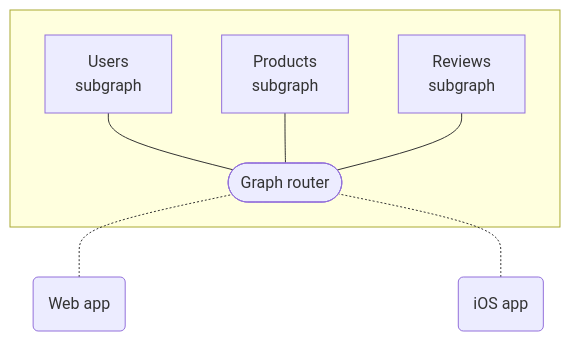
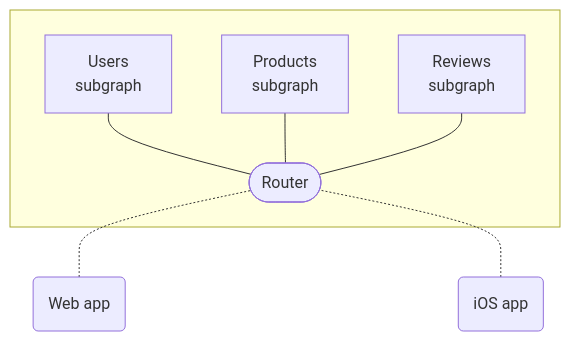
Before and after one commit to apollographql/federation: the diagram in docs/shared/diagrams/federation-architecture.mdx, drawn with Mermaid. The commit also changed 6 other files, not shown here.

````diff
--- a/docs/shared/diagrams/federation-architecture.mdx
+++ b/docs/shared/diagrams/federation-architecture.mdx
@@ -1,14 +1,14 @@
 ```mermaid
 graph BT;
   webapp(Web app);
   iosapp(iOS app);
   subgraph " ";
-  router([Graph router]);
+  router([Router]);
   serviceA[Users<br/>subgraph];
   serviceB[Products<br/>subgraph];
   serviceC[Reviews<br/>subgraph];
   end;
   webapp & iosapp -.- router;
   router --- serviceA & serviceB & serviceC;
   class webapp,iosapp secondary;
 ```
````
